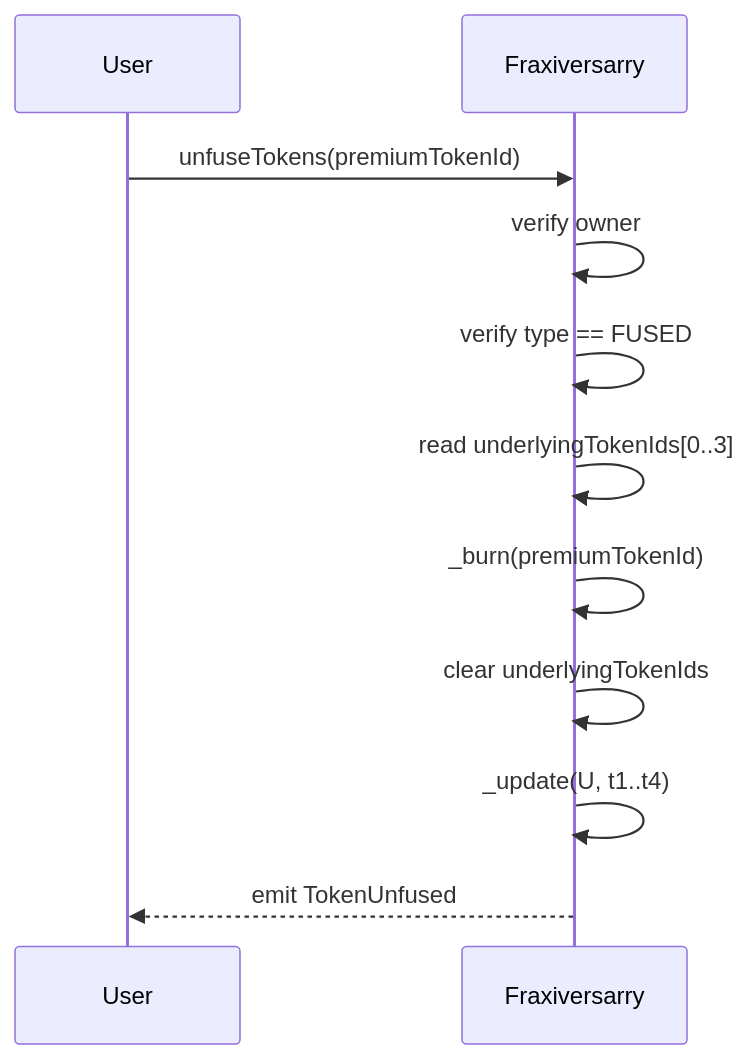
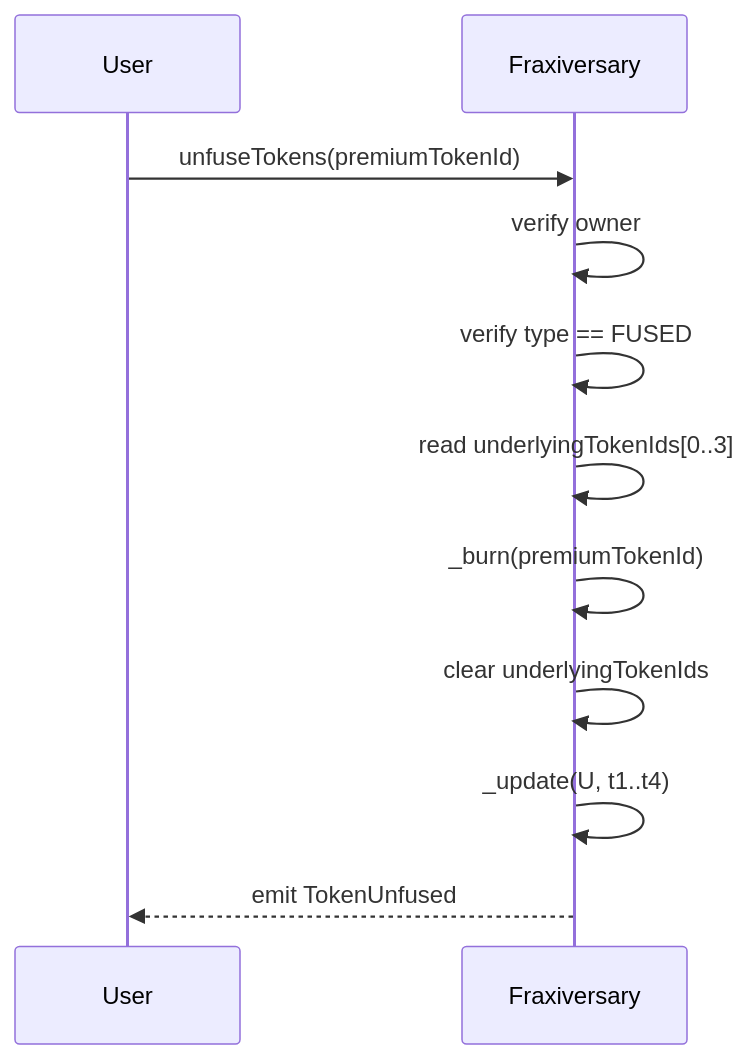
One commit to ThunderDeliverer/Fraxiversarry changed the fifth of 7 diagrams in README.md. Above: the diagram before and after it, drawn with Mermaid. The commit also changed other lines of this file and 17 other files, not shown here.

Commit message:
Renamed Fraxiversarry to Fraxiversary (#13)

````diff
--- a/README.md
+++ b/README.md
@@ -269,14 +269,14 @@
 ```mermaid
 sequenceDiagram
   participant U as User
-  participant C as Fraxiversarry
+  participant C as Fraxiversary
 
   U->>C: unfuseTokens(premiumTokenId)
   C->>C: verify owner
   C->>C: verify type == FUSED
   C->>C: read underlyingTokenIds[0..3]
   C->>C: _burn(premiumTokenId)
   C->>C: clear underlyingTokenIds
   C->>C: _update(U, t1..t4)
   C-->>U: emit TokenUnfused
 ```
````
